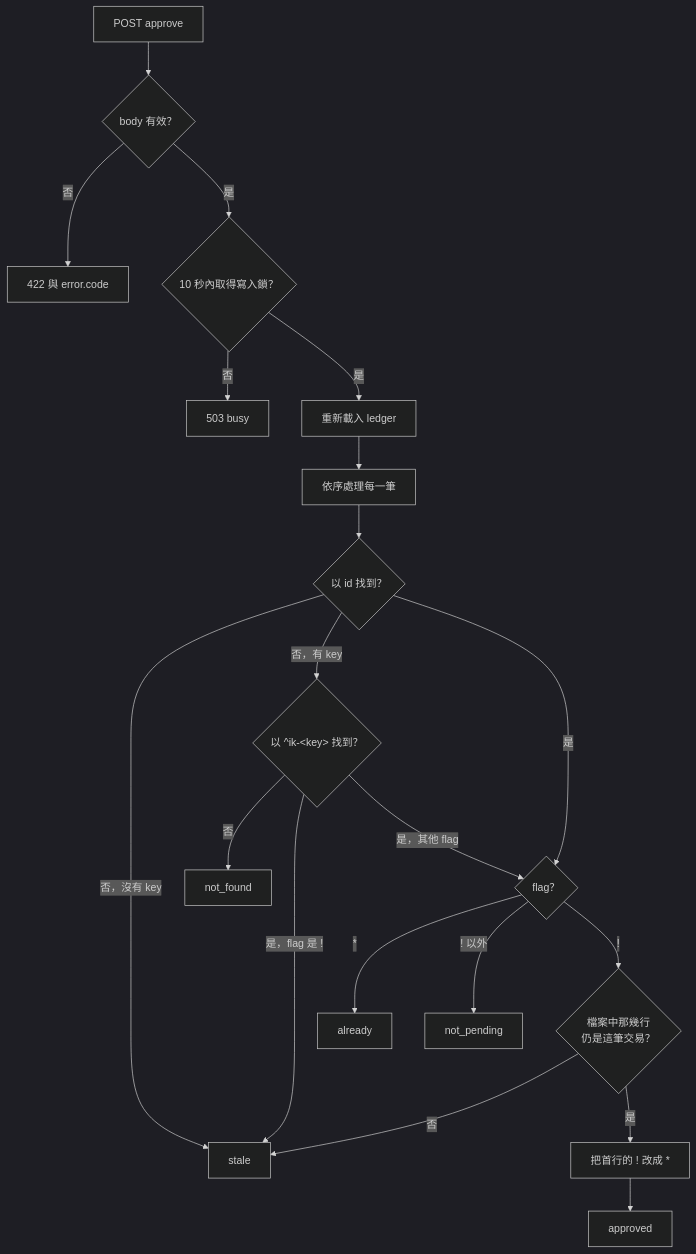
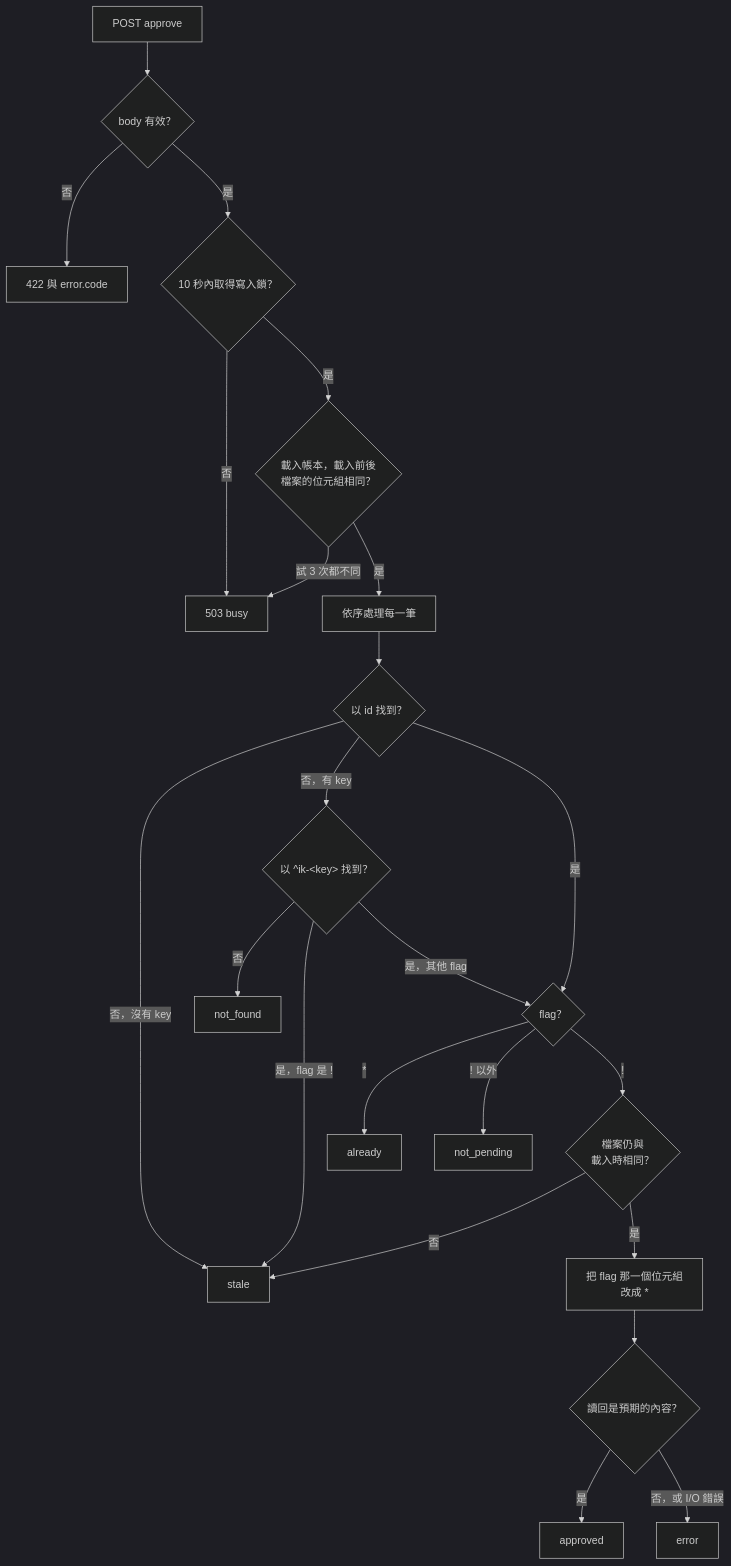
The third of 3 diagrams in docs/agent-api-reference.md (gn00678465/beancount-fava), drawn with Mermaid (dark theme) before and after one commit. The commit also changed other lines of this file and 4 other files, not shown here.

````diff
--- a/docs/agent-api-reference.md
+++ b/docs/agent-api-reference.md
@@ -304,21 +313,25 @@
 ```mermaid
 flowchart TD
     Start["POST approve"] --> Valid{"body 有效？"}
     Valid -->|否| R422["422 與 error.code"]
     Valid -->|是| Lock{"10 秒內取得寫入鎖？"}
     Lock -->|否| R503["503 busy"]
-    Lock -->|是| Reload["重新載入 ledger"]
-    Reload --> Each["依序處理每一筆"]
+    Lock -->|是| Load{"載入帳本，載入前後<br>檔案的位元組相同？"}
+    Load -->|試 3 次都不同| R503
+    Load -->|是| Each["依序處理每一筆"]
     Each --> ById{"以 id 找到？"}
     ById -->|否，沒有 key| Stale["stale"]
     ById -->|否，有 key| ByKey{"以 ^ik-&lt;key&gt; 找到？"}
     ByKey -->|否| NotFound["not_found"]
     ByKey -->|是，flag 是 !| Stale
     ByKey -->|是，其他 flag| Flag
     ById -->|是| Flag{"flag？"}
     Flag -->|*| Already["already"]
     Flag -->|! 以外| NotPending["not_pending"]
-    Flag -->|!| Lines{"檔案中那幾行<br>仍是這筆交易？"}
-    Lines -->|否| Stale
-    Lines -->|是| Write["把首行的 ! 改成 *"] --> Approved["approved"]
+    Flag -->|!| Same{"檔案仍與<br>載入時相同？"}
+    Same -->|否| Stale
+    Same -->|是| Write["把 flag 那一個位元組<br>改成 *"]
+    Write --> Back{"讀回是預期的內容？"}
+    Back -->|是| Approved["approved"]
+    Back -->|否，或 I/O 錯誤| Error["error"]
 ```
````
